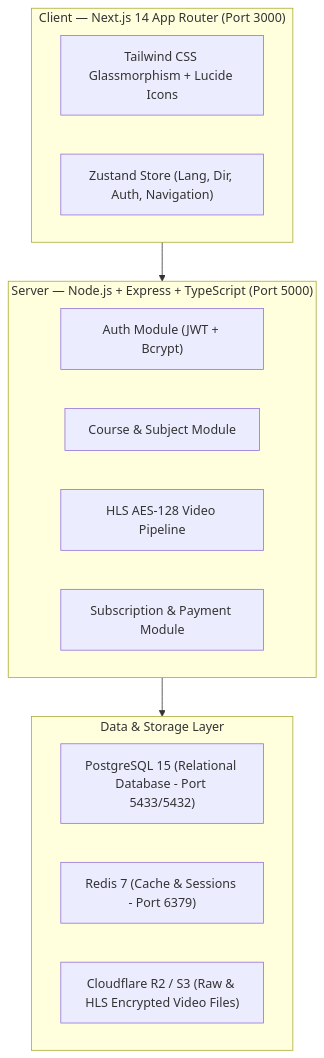
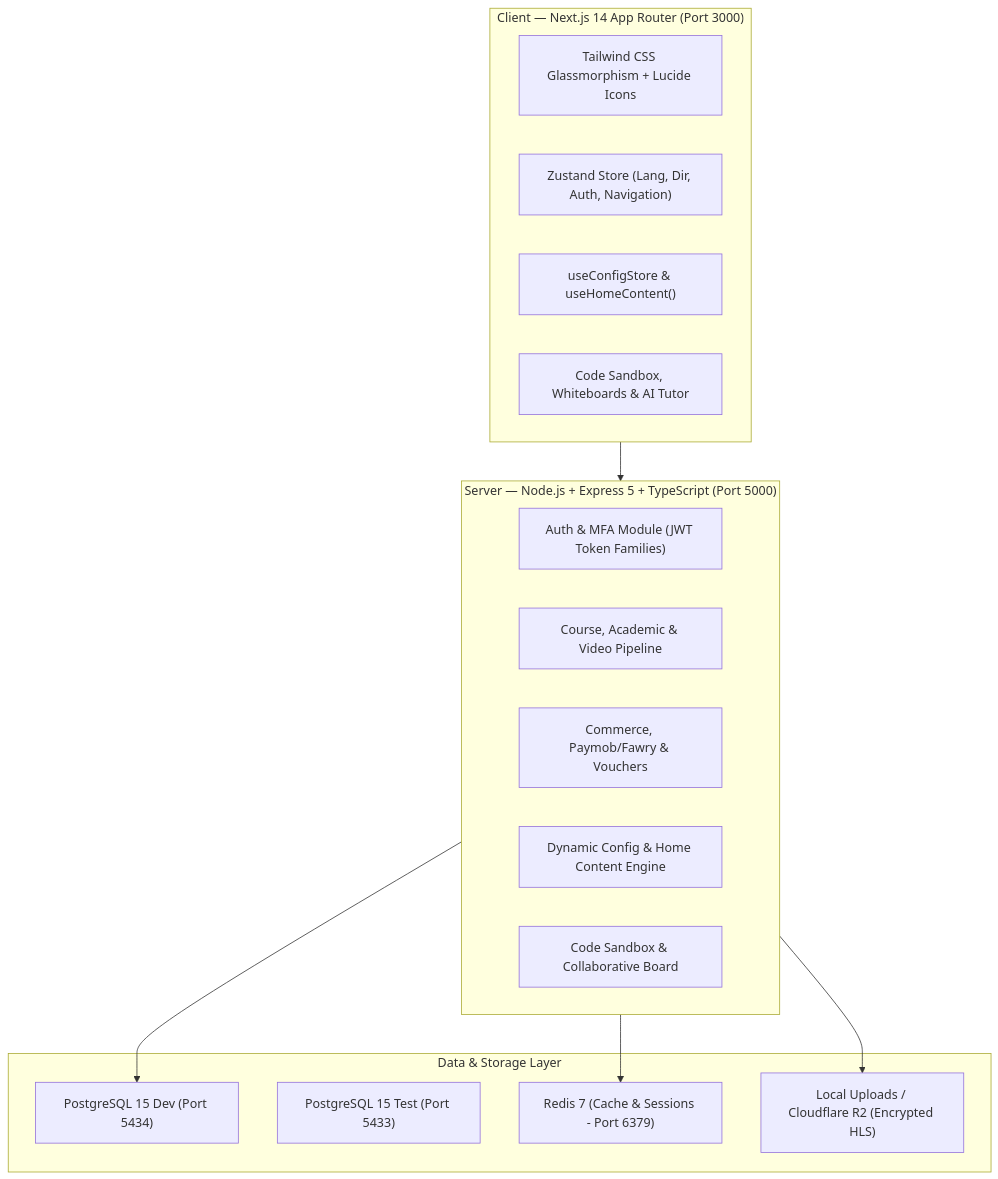
Before and after one commit to Hegazian/Digital-Platform: the diagram in project_overview_and_usage_guide.md, drawn with Mermaid. The commit also changed other lines of this file and 6 other files, not shown here.

Commit message:
docs: comprehensive update of project READMEs, architecture guides, and testing manuals

````diff
--- a/project_overview_and_usage_guide.md
+++ b/project_overview_and_usage_guide.md
@@ -37,23 +58,29 @@
 ```mermaid
 graph TB
     subgraph Frontend["Client — Next.js 14 App Router (Port 3000)"]
         UI["Tailwind CSS Glassmorphism + Lucide Icons"]
         Store["Zustand Store (Lang, Dir, Auth, Navigation)"]
+        Config["useConfigStore & useHomeContent()"]
+        Interactive["Code Sandbox, Whiteboards & AI Tutor"]
     end
 
-    subgraph Backend["Server — Node.js + Express + TypeScript (Port 5000)"]
-        AuthModule["Auth Module (JWT + Bcrypt)"]
-        CourseModule["Course & Subject Module"]
-        VideoModule["HLS AES-128 Video Pipeline"]
-        SubModule["Subscription & Payment Module"]
+    subgraph Backend["Server — Node.js + Express 5 + TypeScript (Port 5000)"]
+        AuthModule["Auth & MFA Module (JWT Token Families)"]
+        CourseModule["Course, Academic & Video Pipeline"]
+        CommerceModule["Commerce, Paymob/Fawry & Vouchers"]
+        ConfigModule["Dynamic Config & Home Content Engine"]
+        ToolModules["Code Sandbox & Collaborative Board"]
     end
 
     subgraph Storage["Data & Storage Layer"]
-        PG["PostgreSQL 15 (Relational Database - Port 5433/5432)"]
+        PG_Dev["PostgreSQL 15 Dev (Port 5434)"]
+        PG_Test["PostgreSQL 15 Test (Port 5433)"]
         Redis["Redis 7 (Cache & Sessions - Port 6379)"]
-        R2["Cloudflare R2 / S3 (Raw & HLS Encrypted Video Files)"]
+        Media["Local Uploads / Cloudflare R2 (Encrypted HLS)"]
     end
 
     Frontend --> Backend
-    Backend --> Storage
+    Backend --> PG_Dev
+    Backend --> Redis
+    Backend --> Media
 ```
````
